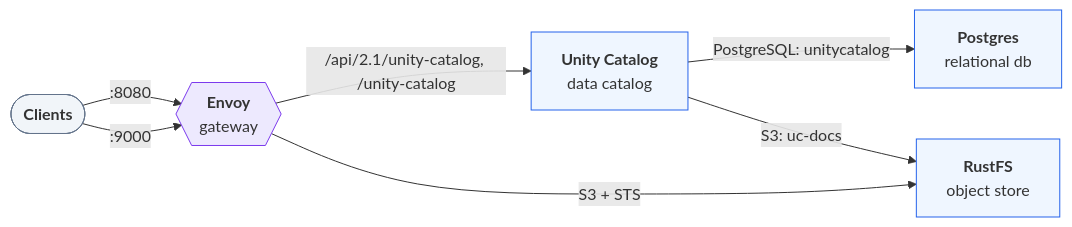
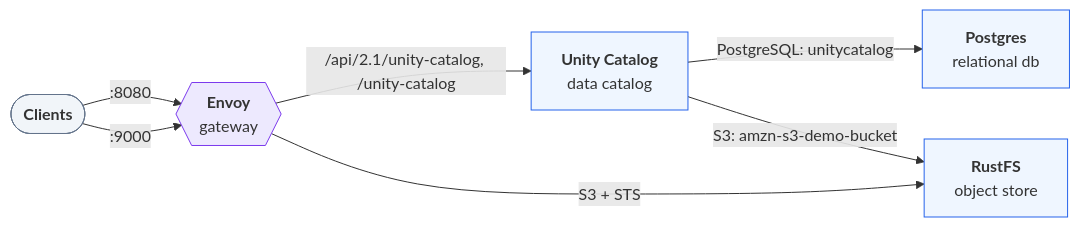
Before and after one commit to open-lakehouse/docs-factory: the diagram in envs/uc-aws/README.md, drawn with Mermaid. The commit also changed 76 other files, not shown here.

````diff
--- a/envs/uc-aws/README.md
+++ b/envs/uc-aws/README.md
@@ -9,18 +9,18 @@
 ```mermaid
 flowchart LR
     n0(["<b>Clients</b>"]):::clients
     n1{{"<b>Envoy</b><br/>gateway"}}:::gateway
     n2["<b>Postgres</b><br/>relational db"]:::component
     n3["<b>RustFS</b><br/>object store"]:::component
     n4["<b>Unity Catalog</b><br/>data catalog"]:::component
     n0 -->|":8080"| n1
     n0 -->|":9000"| n1
     n1 -->|"/api/2.1/unity-catalog, /unity-catalog"| n4
     n1 -->|"S3 + STS"| n3
     n4 -->|"PostgreSQL: unitycatalog"| n2
-    n4 -->|"S3: uc-docs"| n3
+    n4 -->|"S3: amzn-s3-demo-bucket"| n3
     classDef clients fill:#f1f5f9,stroke:#64748b
     classDef gateway fill:#ede9fe,stroke:#7c3aed
     classDef component fill:#eff6ff,stroke:#2563eb
     classDef external fill:#fafafa,stroke:#737373,stroke-dasharray: 4 3
 ```
````
